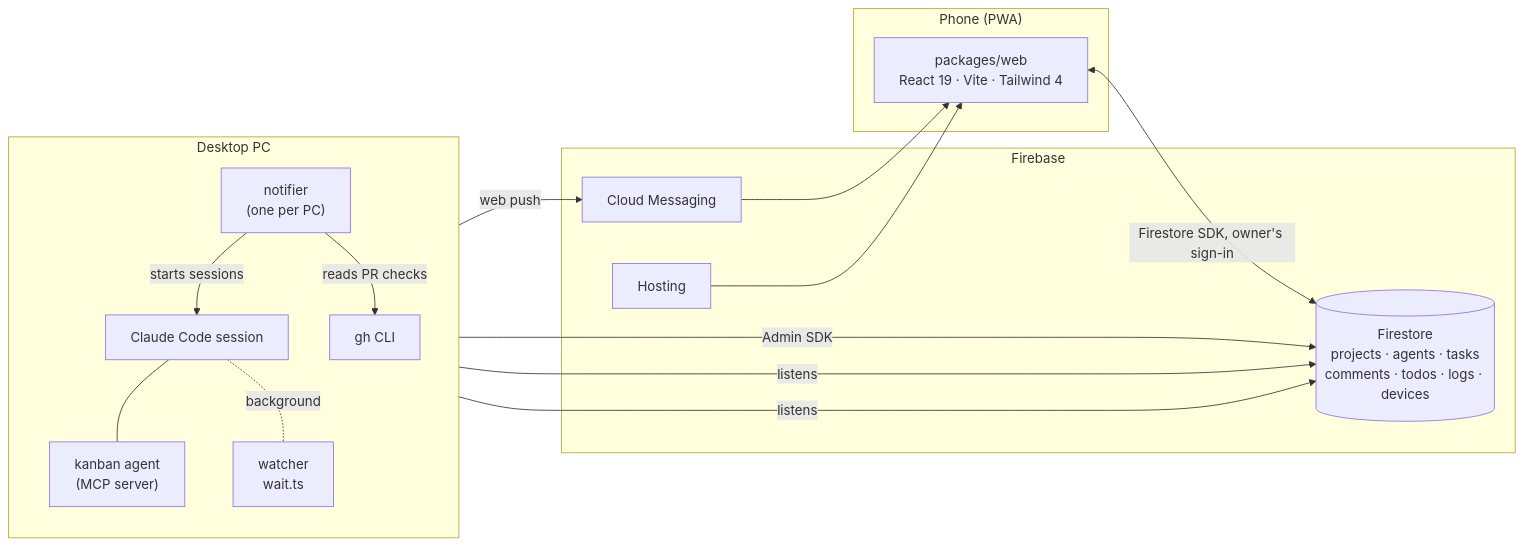
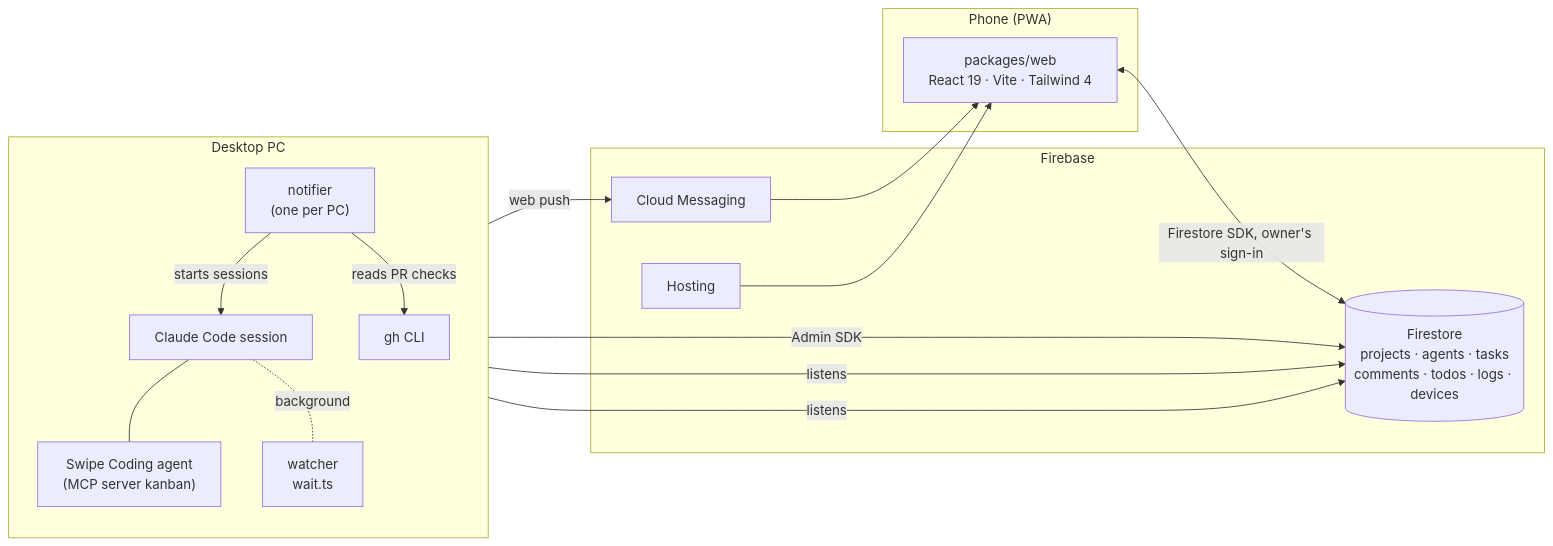
The first of 2 diagrams in README.md (jamesdavisonio/swipe_coding), drawn with Mermaid before and after one commit. The commit also changed other lines of this file, not shown here.

First line of the commit message:
docs(readme): call the tool Swipe Coding

````diff
--- a/README.md
+++ b/README.md
@@ -44,30 +48,30 @@
 ```mermaid
 flowchart LR
   subgraph Phone["Phone (PWA)"]
     web["packages/web<br/>React 19 · Vite · Tailwind 4"]
   end
 
   subgraph Firebase["Firebase"]
     fs[("Firestore<br/>projects · agents · tasks<br/>comments · todos · logs · devices")]
     fcm["Cloud Messaging"]
     host["Hosting"]
   end
 
   subgraph PC["Desktop PC"]
     direction TB
-    s1["Claude Code session"] --- a1["kanban agent<br/>(MCP server)"]
+    s1["Claude Code session"] --- a1["Swipe Coding agent<br/>(MCP server kanban)"]
     s1 -.-|background| w1["watcher<br/>wait.ts"]
     n["notifier<br/>(one per PC)"]
     gh["gh CLI"]
   end
 
   web <-->|"Firestore SDK, owner's sign-in"| fs
   a1 -->|Admin SDK| fs
   w1 -->|listens| fs
   n -->|listens| fs
   n -->|web push| fcm
   fcm --> web
   n -->|reads PR checks| gh
   n -->|starts sessions| s1
   host --> web
 ```
````
